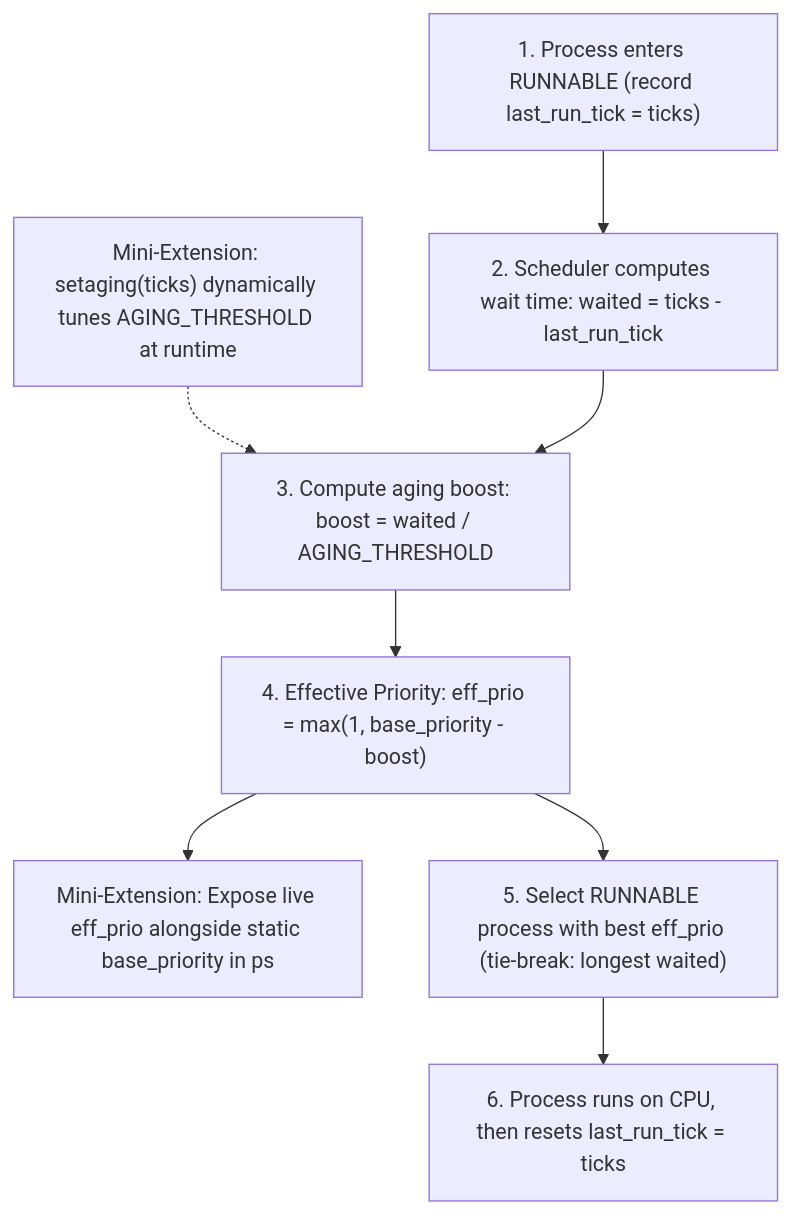
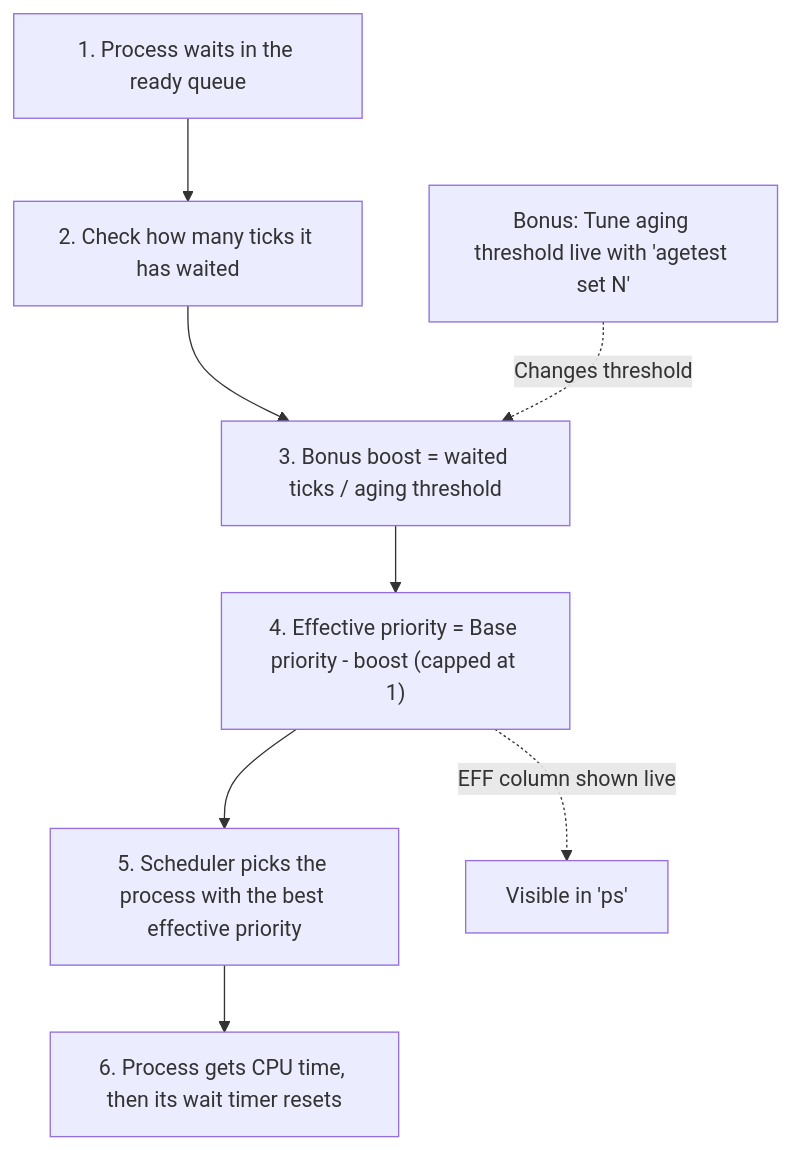
Before and after one commit to asbahkhan67-ctrl/xv6-riscv: the tenth of 21 diagrams in README.md, drawn with Mermaid. The commit also changed other lines of this file and 69 other files, not shown here.

````diff
--- a/README.md
+++ b/README.md
@@ -574,10 +639,10 @@
 ```mermaid
 flowchart TD
-    CFG["Mini-Extension: setaging(ticks) dynamically tunes AGING_THRESHOLD at runtime"] -.-> C
-    A["1. Process enters RUNNABLE (record last_run_tick = ticks)"] --> B["2. Scheduler computes wait time: waited = ticks - last_run_tick"]
-    B --> C["3. Compute aging boost: boost = waited / AGING_THRESHOLD"]
-    C --> D["4. Effective Priority: eff_prio = max(1, base_priority - boost)"]
-    D --> EXP["Mini-Extension: Expose live eff_prio alongside static base_priority in ps"]
-    D --> E["5. Select RUNNABLE process with best eff_prio (tie-break: longest waited)"]
-    E --> F["6. Process runs on CPU, then resets last_run_tick = ticks"]
+    A["1. Process waits in the ready queue"] --> B["2. Check how many ticks it has waited"]
+    B --> C["3. Bonus boost = waited ticks / aging threshold"]
+    C --> D["4. Effective priority = Base priority - boost (capped at 1)"]
+    D --> E["5. Scheduler picks the process with the best effective priority"]
+    E --> F["6. Process gets CPU time, then its wait timer resets"]
+    T["Bonus: Tune aging threshold live with 'agetest set N'"] -. "Changes threshold" .-> C
+    D -. "EFF column shown live" .-> P["Visible in 'ps'"]
 ```
````
